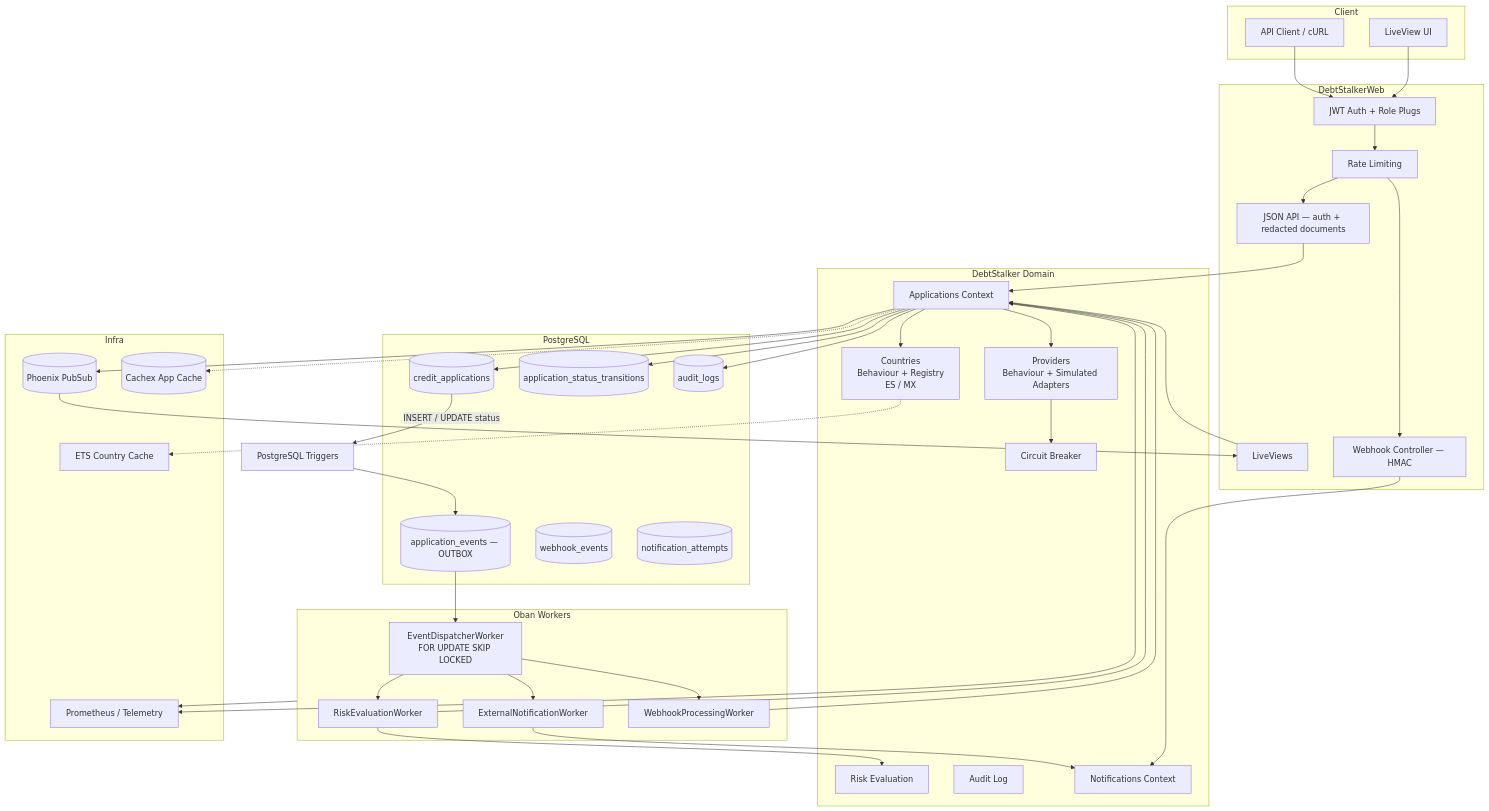
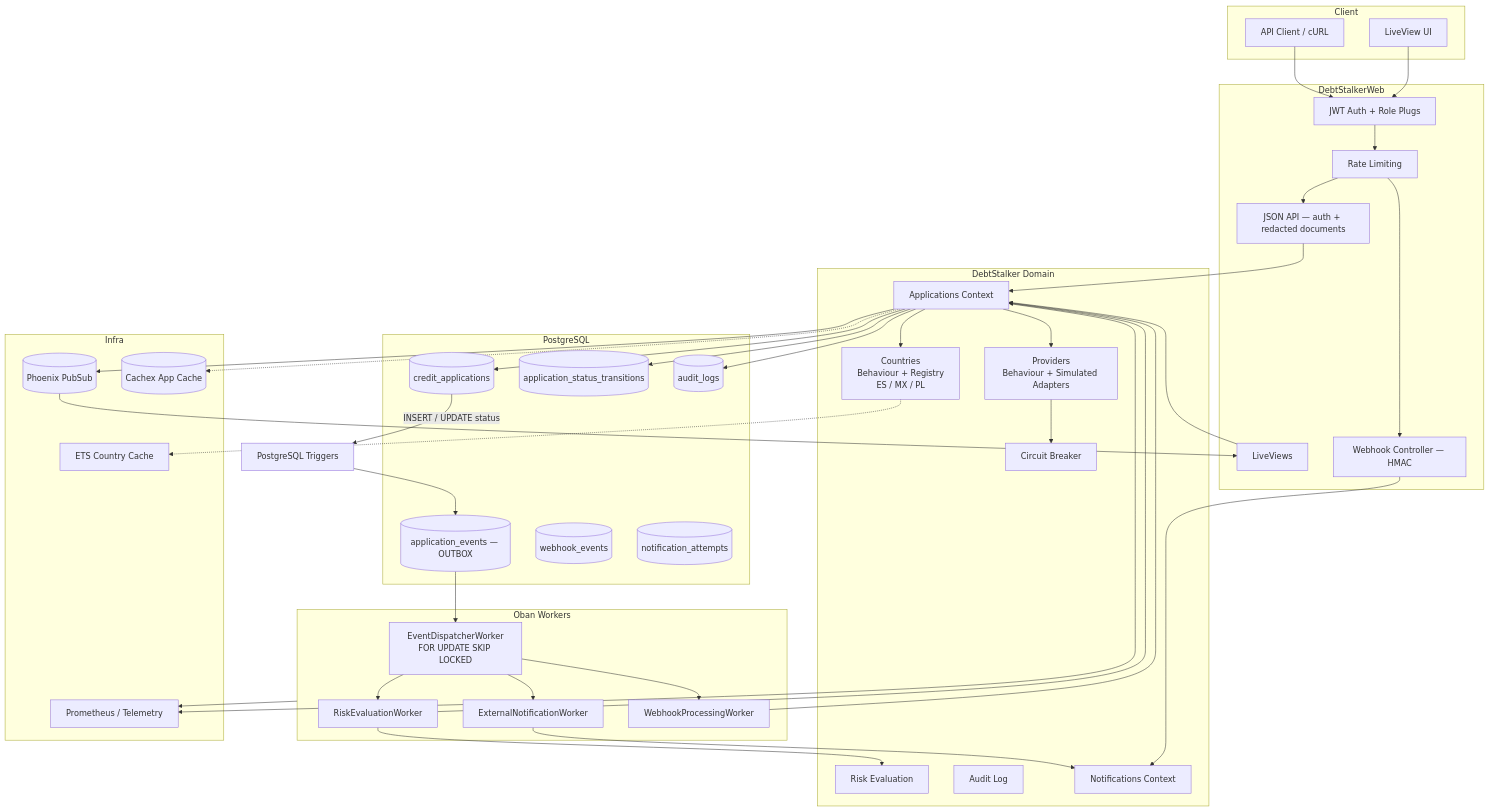
One commit to igmarin/debt-stalker changed the first of 2 diagrams in README.md. Above: the diagram before and after it, drawn with Mermaid. The commit also changed other lines of this file and 19 other files, not shown here.

````diff
--- a/README.md
+++ b/README.md
@@ -17,77 +17,77 @@
 ```mermaid
 flowchart TB
     subgraph Client
         Browser[LiveView UI]
         APIClient[API Client / cURL]
     end
 
     subgraph Web["DebtStalkerWeb"]
         Auth[JWT Auth + Role Plugs]
         RateLimit[Rate Limiting]
         API[JSON API — auth + redacted documents]
         LV[LiveViews]
         WH[Webhook Controller — HMAC]
     end
 
     subgraph Domain["DebtStalker Domain"]
         Apps[Applications Context]
-        Countries[Countries<br/>Behaviour + Registry<br/>ES / MX]
+        Countries[Countries<br/>Behaviour + Registry<br/>ES / MX / PL]
         Providers[Providers<br/>Behaviour + Simulated Adapters]
         Risk[Risk Evaluation]
         Audit[Audit Log]
         Notifications[Notifications Context]
         CircuitBreaker[Circuit Breaker]
     end
 
     subgraph Async["Oban Workers"]
         Disp[EventDispatcherWorker<br/>FOR UPDATE SKIP LOCKED]
         RiskW[RiskEvaluationWorker]
         NotifW[ExternalNotificationWorker]
         WebhookW[WebhookProcessingWorker]
     end
 
     subgraph DB["PostgreSQL"]
         CA[(credit_applications)]
         EV[(application_events — OUTBOX)]
         TR[(application_status_transitions)]
         AU[(audit_logs)]
         WE[(webhook_events)]
         NA[(notification_attempts)]
     end
 
     subgraph Infra
         PubSub[(Phoenix PubSub)]
         ETS[ETS Country Cache]
         Cachex[(Cachex App Cache)]
         Metrics[Prometheus / Telemetry]
     end
 
     Browser --> Auth
     APIClient --> Auth
     Auth --> RateLimit
     RateLimit --> API
     RateLimit --> WH
     API --> Apps
     LV --> Apps
     WH --> Notifications
     Apps --> Countries
     Apps --> Providers
     Providers --> CircuitBreaker
     Apps --> CA
     Apps --> TR
     Apps --> AU
     Apps --> PubSub
     Apps -.-> Cachex
     Countries -.-> ETS
     CA -- INSERT / UPDATE status --> Trig[PostgreSQL Triggers]
     Trig --> EV
     EV --> Disp
     Disp --> RiskW & NotifW & WebhookW
     RiskW --> Risk
     RiskW --> Apps
     WebhookW --> Apps
     NotifW --> Notifications
     PubSub --> LV
     Apps --> Metrics
     Async --> Metrics
 ```
````
